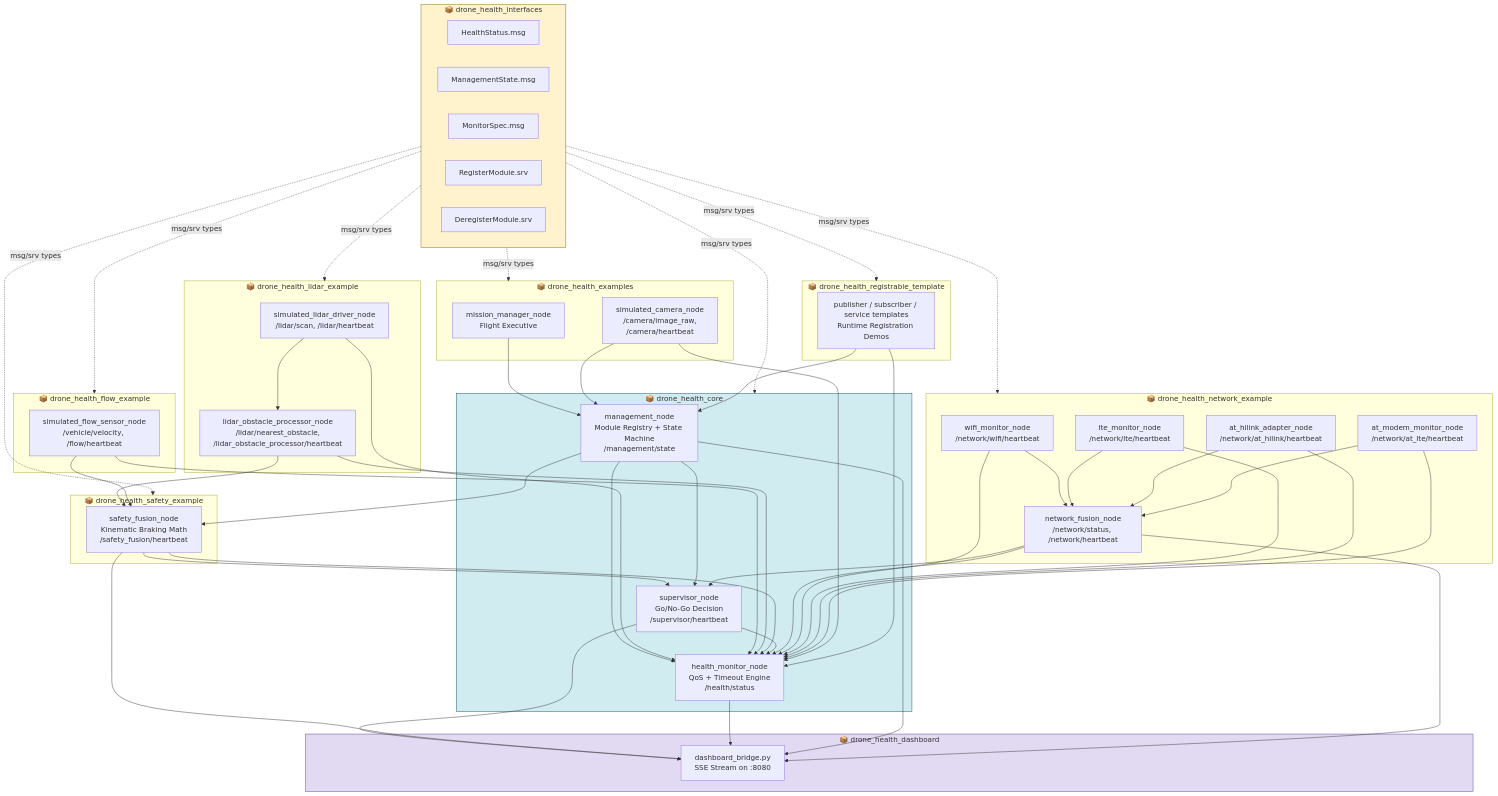
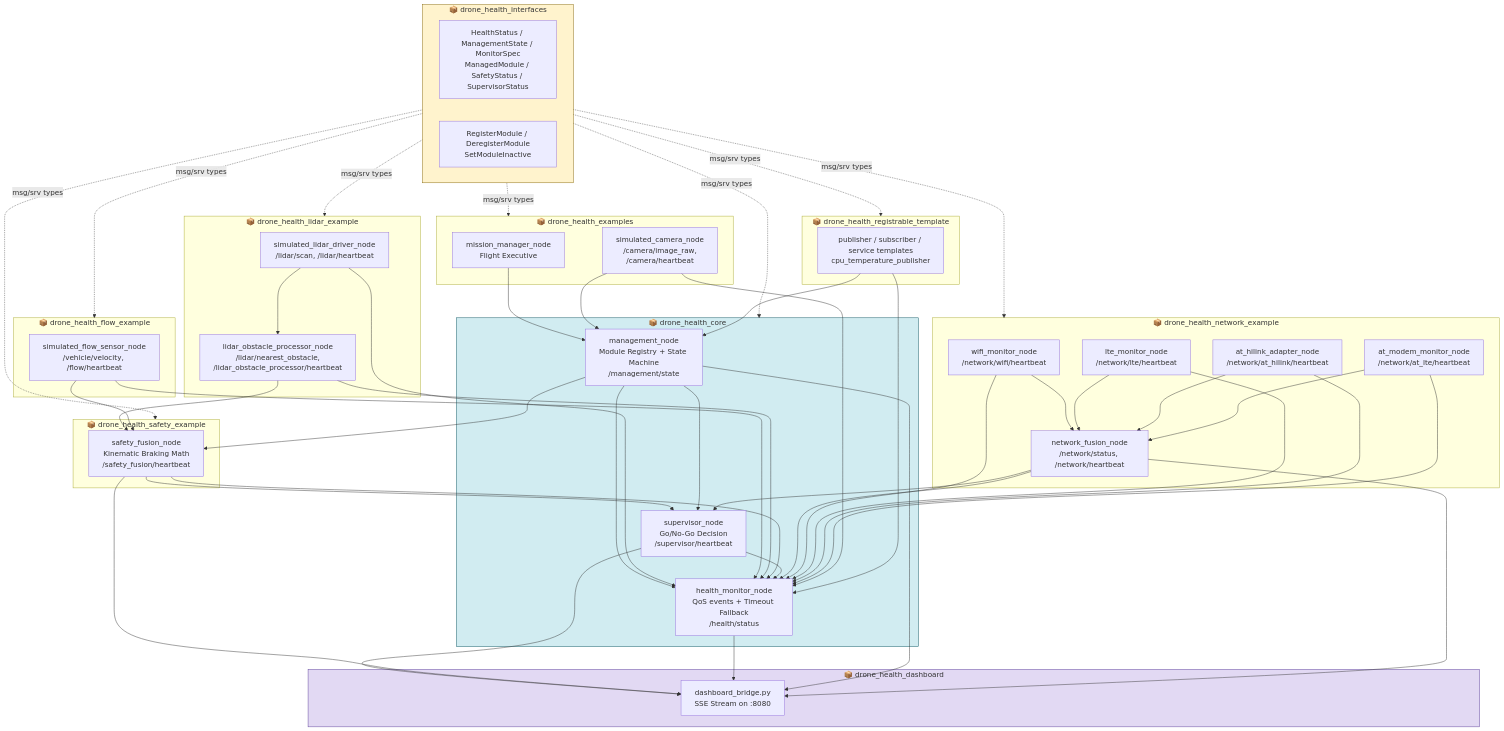
One commit to NILAMATHI1999/drone-health-modular-framework changed the first of 2 diagrams in README.md. Above: the diagram before and after it, drawn with Mermaid. The commit also changed other lines of this file, not shown here.

```diff
--- a/README.md
+++ b/README.md
@@ -14,11 +18,8 @@
 graph TD
 
     subgraph PKG_INTERFACES ["📦 drone_health_interfaces"]
-        MSG1["HealthStatus.msg"]
-        MSG2["ManagementState.msg"]
-        MSG3["MonitorSpec.msg"]
-        SRV1["RegisterModule.srv"]
-        SRV2["DeregisterModule.srv"]
+        MSG1["HealthStatus / ManagementState / MonitorSpec<br/>ManagedModule / SafetyStatus / SupervisorStatus"]
+        SRV1["RegisterModule / DeregisterModule<br/>SetModuleInactive"]
     end
 
     subgraph PKG_LIDAR ["📦 drone_health_lidar_example"]
@@ -36,7 +37,7 @@
 
     subgraph PKG_CORE ["📦 drone_health_core"]
         MN["management_node<br/>Module Registry + State Machine<br/>/management/state"]
-        HM["health_monitor_node<br/>QoS + Timeout Engine<br/>/health/status"]
+        HM["health_monitor_node<br/>QoS events + Timeout Fallback<br/>/health/status"]
         SV["supervisor_node<br/>Go/No-Go Decision<br/>/supervisor/heartbeat"]
     end
 
@@ -54,24 +55,18 @@
     end
 
     subgraph PKG_TEMPLATE ["📦 drone_health_registrable_template"]
-        TEMPLATE["publisher / subscriber / service templates<br/>Runtime Registration Demos"]
+        TEMPLATE["publisher / subscriber / service templates<br/>cpu_temperature_publisher"]
     end
 
     subgraph PKG_DASHBOARD ["📦 drone_health_dashboard"]
         DASH["dashboard_bridge.py<br/>SSE Stream on :8080"]
     end
 
-    %% ---- Sensor to Processing ----
     LIDAR --> LPROC
-
-    %% ---- Processing/Sensors to Safety ----
     LPROC --> SF
     FLOW --> SF
-
-    %% ---- Safety to Supervisor ----
     SF --> SV
 
-    %% ---- Management orchestration ----
     MN --> HM
     MN --> SV
     MN --> SF
@@ -79,14 +74,12 @@
     CAM --> MN
     TEMPLATE --> MN
 
-    %% ---- Network fusion to Supervisor ----
     NF --> SV
     WIFI --> NF
     LTE --> NF
     HILINK --> NF
     MODEM --> NF
 
-    %% ---- Everything reports health status to HM ----
     LIDAR --> HM
     FLOW --> HM
     LPROC --> HM
@@ -100,14 +93,12 @@
     CAM --> HM
     TEMPLATE --> HM
 
-    %% ---- Dashboard aggregates everything ----
     SV --> DASH
     SF --> DASH
     HM --> DASH
     MN --> DASH
     NF --> DASH
 
-    %% ---- Interfaces dependency (compile-time, dashed) ----
     PKG_INTERFACES -.->|msg/srv types| PKG_CORE
     PKG_INTERFACES -.->|msg/srv types| PKG_LIDAR
     PKG_INTERFACES -.->|msg/srv types| PKG_FLOW
```
